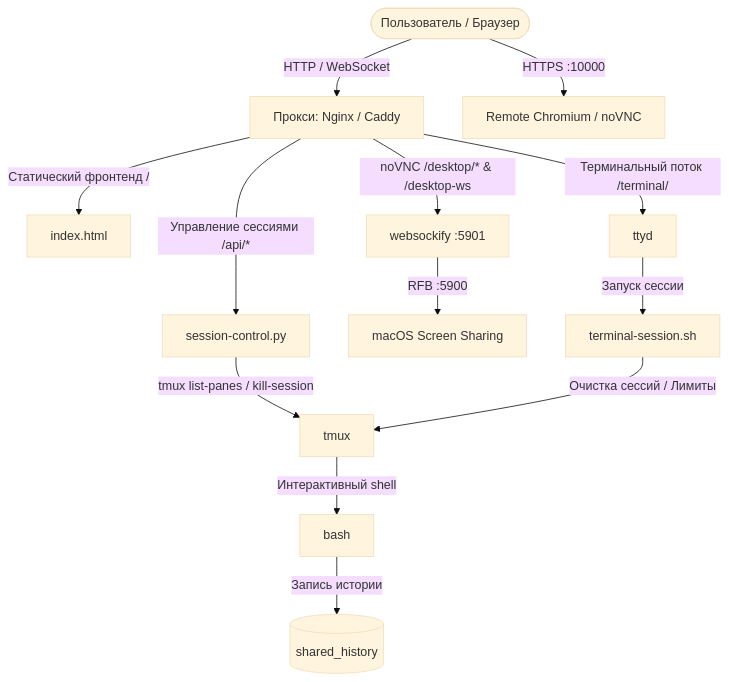
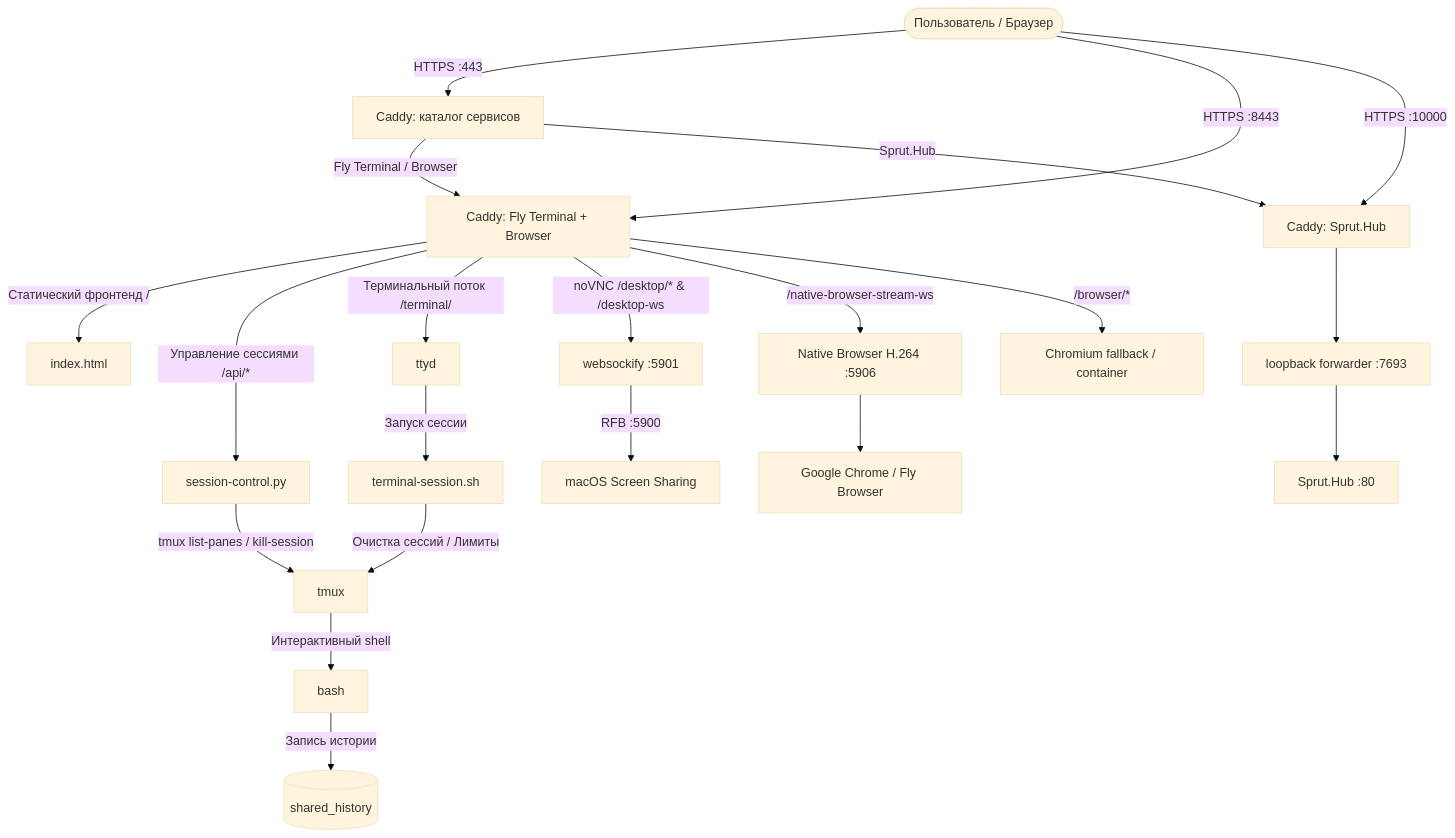
Before and after one commit to lcruspe/fly-terminal: the diagram in README.md, drawn with Mermaid (base theme). The commit also changed other lines of this file and 20 other files, not shown here.

Commit message:
Добавить нативный Browser и защищённый шлюз сервисов

````diff
--- a/README.md
+++ b/README.md
@@ -23,16 +25,23 @@
 ```mermaid
 graph TD
-    User([Пользователь / Браузер]) -->|HTTP / WebSocket| Proxy[Прокси: Nginx / Caddy]
+    User([Пользователь / Браузер]) -->|HTTPS :443| Gateway[Caddy: каталог сервисов]
+    User -->|HTTPS :8443| Proxy[Caddy: Fly Terminal + Browser]
+    User -->|HTTPS :10000| SprutProxy[Caddy: Sprut.Hub]
+    Gateway -->|Fly Terminal / Browser| Proxy
+    Gateway -->|Sprut.Hub| SprutProxy
     Proxy -->|Статический фронтенд /| IndexHtml[index.html]
     Proxy -->|Управление сессиями /api/*| ControlPy[session-control.py]
     Proxy -->|Терминальный поток /terminal/| Ttyd[ttyd]
     Proxy -->|noVNC /desktop/* & /desktop-ws| Websockify[websockify :5901]
     Websockify -->|RFB :5900| MacScreen[macOS Screen Sharing]
-    User -->|HTTPS :10000| Browser[Remote Chromium / noVNC]
-    
+    Proxy -->|/native-browser-stream-ws| NativeStreamer[Native Browser H.264 :5906]
+    NativeStreamer --> NativeChrome[Google Chrome / Fly Browser]
+    Proxy -->|/browser/*| Browser[Chromium fallback / container]
+    SprutProxy --> SprutForwarder[loopback forwarder :7693]
+    SprutForwarder --> SprutHub[Sprut.Hub :80]
     ControlPy -->|tmux list-panes / kill-session| Tmux[tmux]
     Ttyd -->|Запуск сессии| SessionSh[terminal-session.sh]
     SessionSh -->|Очистка сессий / Лимиты| Tmux
     Tmux -->|Интерактивный shell| Bash[bash]
     Bash -->|Запись истории| HistFile[(shared_history)]
 ```
````
